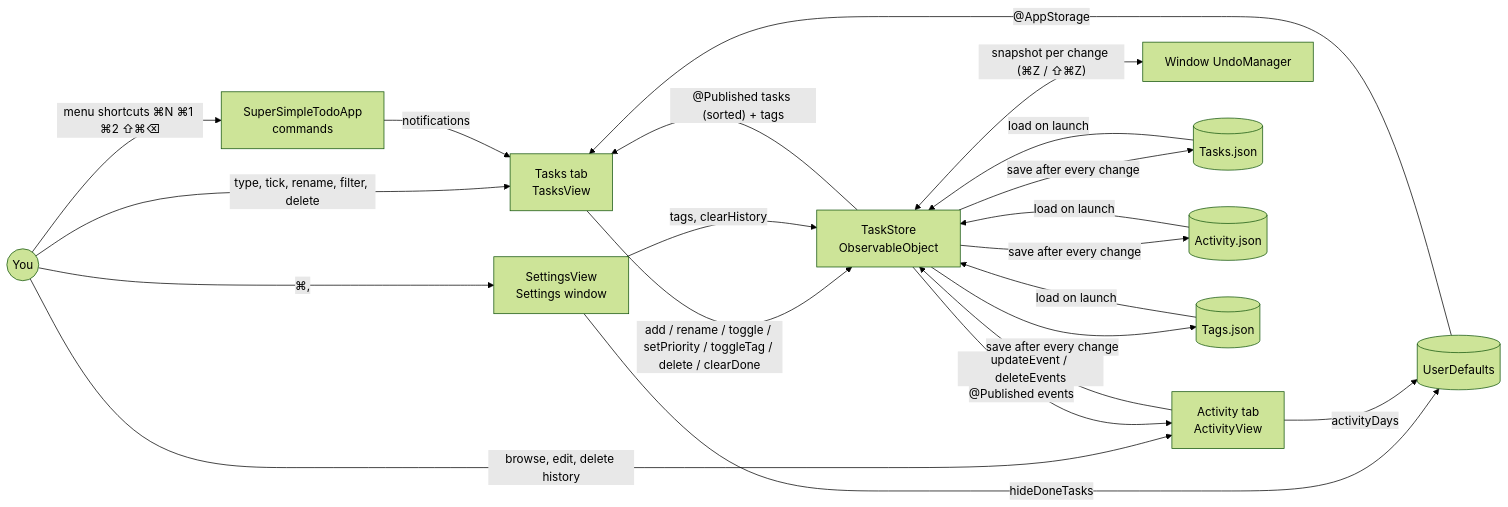
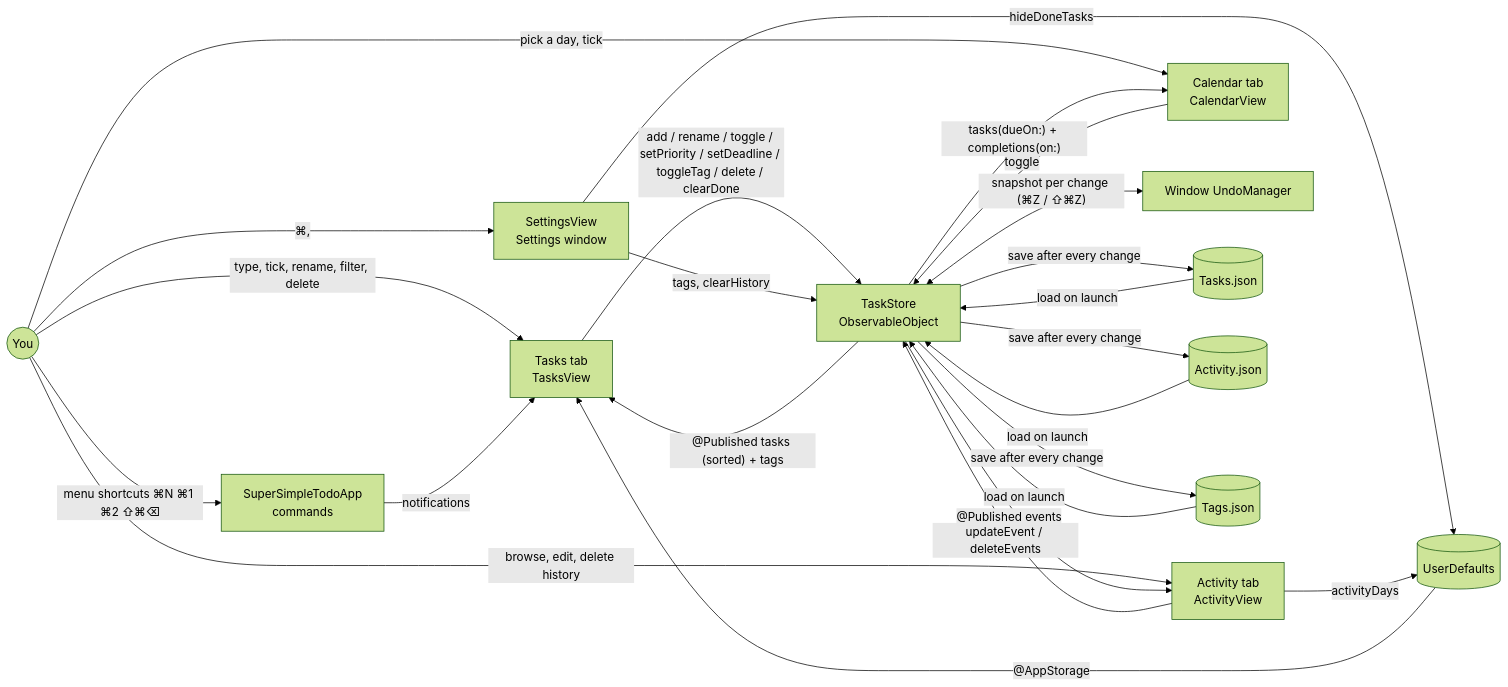
The diagram in docs/SYSTEM-DESIGN.md (amalmehta/SuperSimpleTodo), drawn with Mermaid (forest theme) before and after one commit. The commit also changed other lines of this file and 17 other files, not shown here.

Commit message:
Friendlier look, deadlines and a Calendar tab

````diff
--- a/docs/SYSTEM-DESIGN.md
+++ b/docs/SYSTEM-DESIGN.md
@@ -7,21 +7,24 @@
 ```mermaid
 flowchart LR
     User((You)) -->|type, tick, rename, filter, delete| TV[Tasks tab<br/>TasksView]
     User -->|browse, edit, delete history| AV[Activity tab<br/>ActivityView]
+    User -->|pick a day, tick| CV[Calendar tab<br/>CalendarView]
+    CV -->|toggle| TS
+    TS -->|"tasks(dueOn:) + completions(on:)"| CV
     User -->|"menu shortcuts ⌘N ⌘1 ⌘2 ⇧⌘⌫"| App[SuperSimpleTodoApp<br/>commands]
     App -->|notifications| TV
     User -->|⌘,| SV[SettingsView<br/>Settings window]
-    TV -->|add / rename / toggle / setPriority / toggleTag / delete / clearDone| TS[TaskStore<br/>ObservableObject]
+    TV -->|add / rename / toggle / setPriority / setDeadline / toggleTag / delete / clearDone| TS[TaskStore<br/>ObservableObject]
     AV -->|updateEvent / deleteEvents| TS
     SV -->|tags, clearHistory| TS
     TS <-->|"snapshot per change (⌘Z / ⇧⌘Z)"| UM[Window UndoManager]
     TS -->|"@Published tasks (sorted) + tags"| TV
     TS -->|"@Published events"| AV
     TS -->|save after every change| TJ[(Tasks.json)]
     TS -->|save after every change| AJ[(Activity.json)]
     TS -->|save after every change| SJ[(Tags.json)]
     TJ & AJ & SJ -->|load on launch| TS
     SV -->|hideDoneTasks| UD[(UserDefaults)]
     AV -->|activityDays| UD
     UD -->|"@AppStorage"| TV
 ```
````
